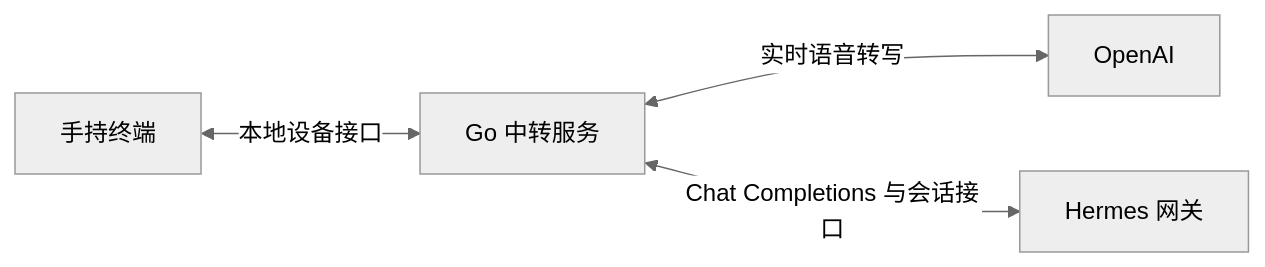
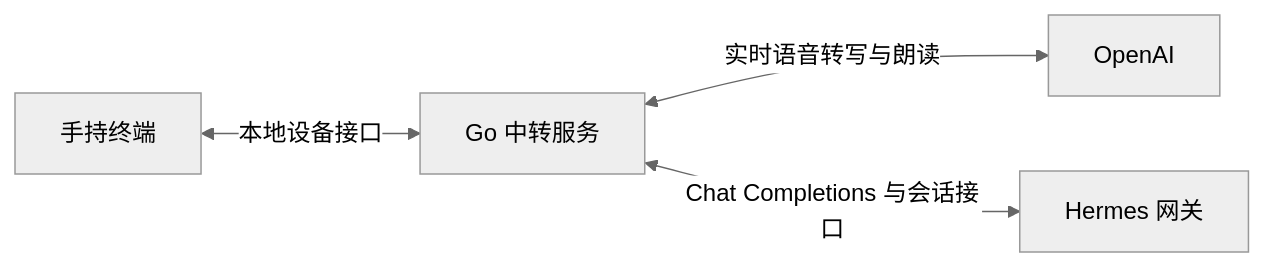
The diagram in README.zh_CN.md (tf4fun/voice-agent-terminal), drawn with Mermaid (neutral theme) before and after one commit. The commit also changed other lines of this file and 8 other files, not shown here.

````diff
--- a/README.zh_CN.md
+++ b/README.zh_CN.md
@@ -68,6 +77,6 @@
 ```mermaid
 flowchart LR
     Device[手持终端] <-->|本地设备接口| Gateway[Go 中转服务]
-    Gateway <-->|实时语音转写| OpenAI[OpenAI]
+    Gateway <-->|实时语音转写与朗读| OpenAI[OpenAI]
     Gateway <-->|Chat Completions 与会话接口| Hermes[Hermes 网关]
 ```
````
